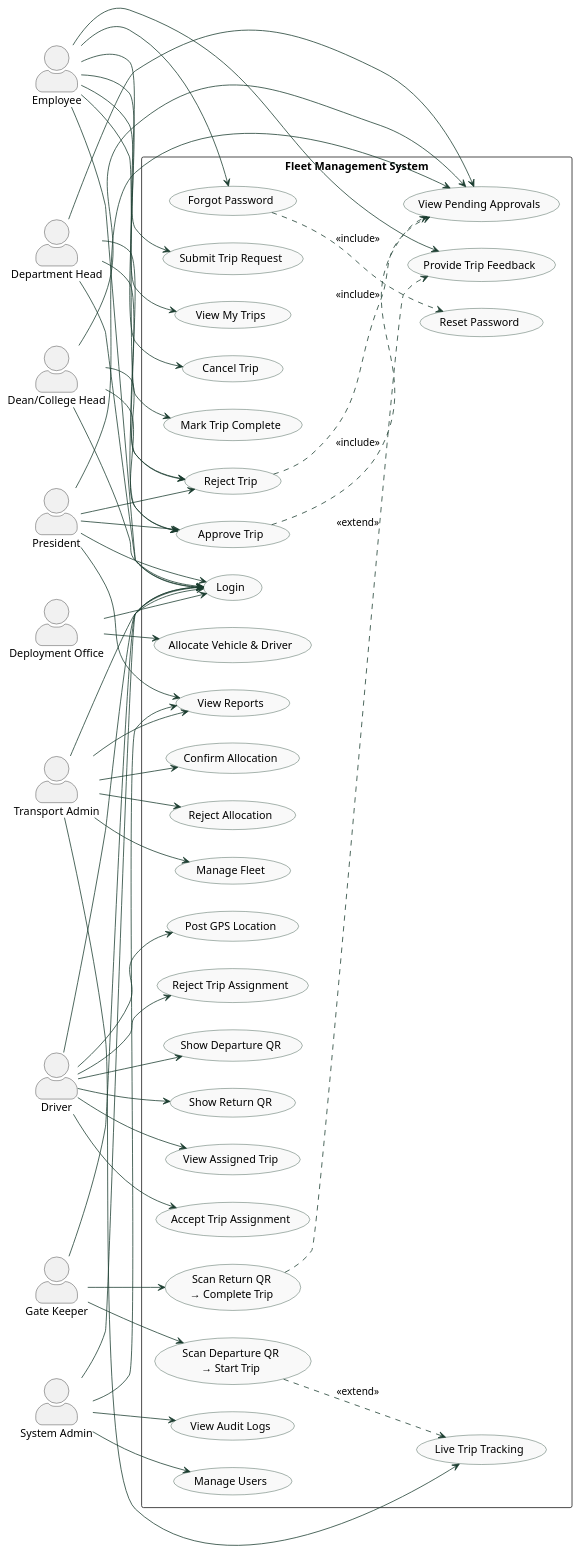
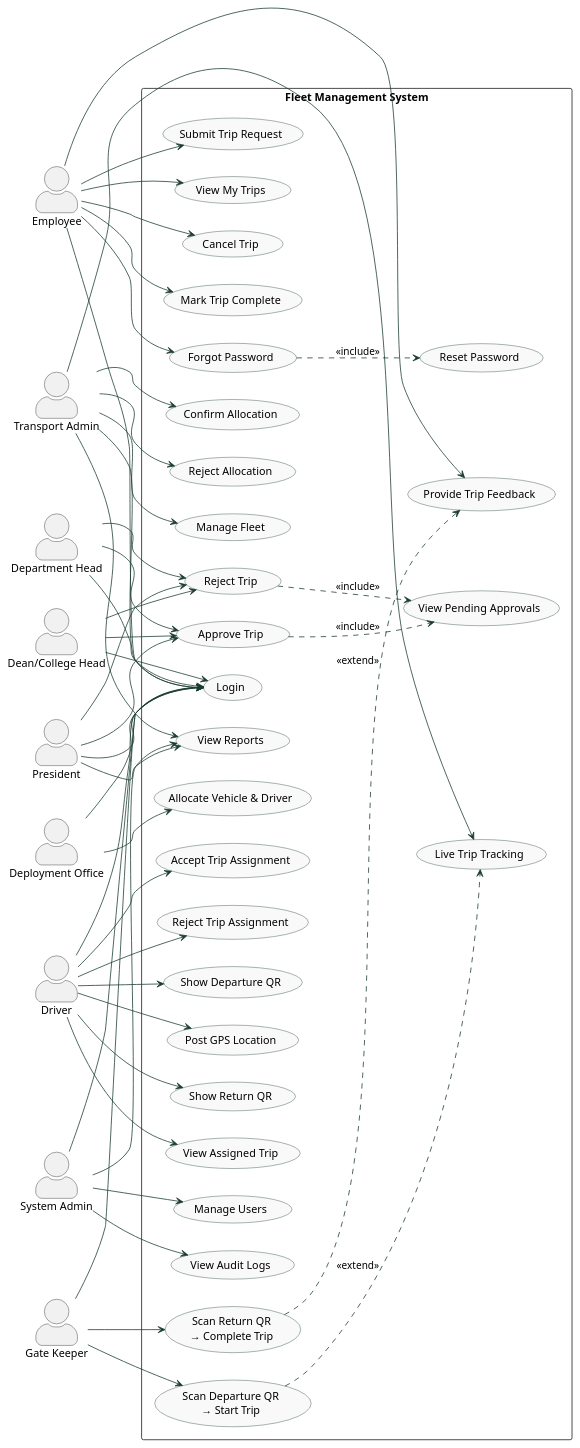
One commit to etrnkz/Fleet-Management-System changed the diagram in docs/use-case-diagram.md. Above: the diagram before and after it, drawn with PlantUML. The commit also changed 36 other files, not shown here.

```diff
--- a/docs/use-case-diagram.md
+++ b/docs/use-case-diagram.md
@@ -119,19 +119,16 @@
 
 ' ── Department Head ──────────────────────────────────────
 DEPT --> UC_LOGIN
-DEPT --> UC_PENDING
 DEPT --> UC_APPROVE
 DEPT --> UC_REJECT
 
 ' ── Dean / College Head ──────────────────────────────────
 DEAN --> UC_LOGIN
-DEAN --> UC_PENDING
 DEAN --> UC_APPROVE
 DEAN --> UC_REJECT
 
 ' ── President ────────────────────────────────────────────
 PRES --> UC_LOGIN
-PRES --> UC_PENDING
 PRES --> UC_APPROVE
 PRES --> UC_REJECT
 PRES --> UC_REPORTS
```
